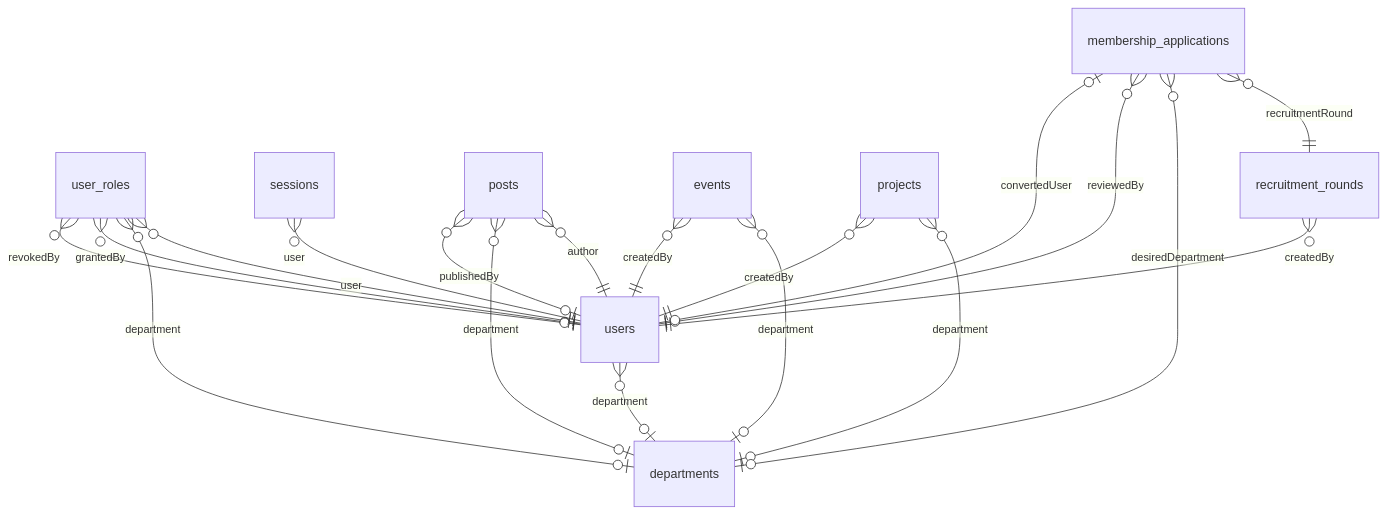
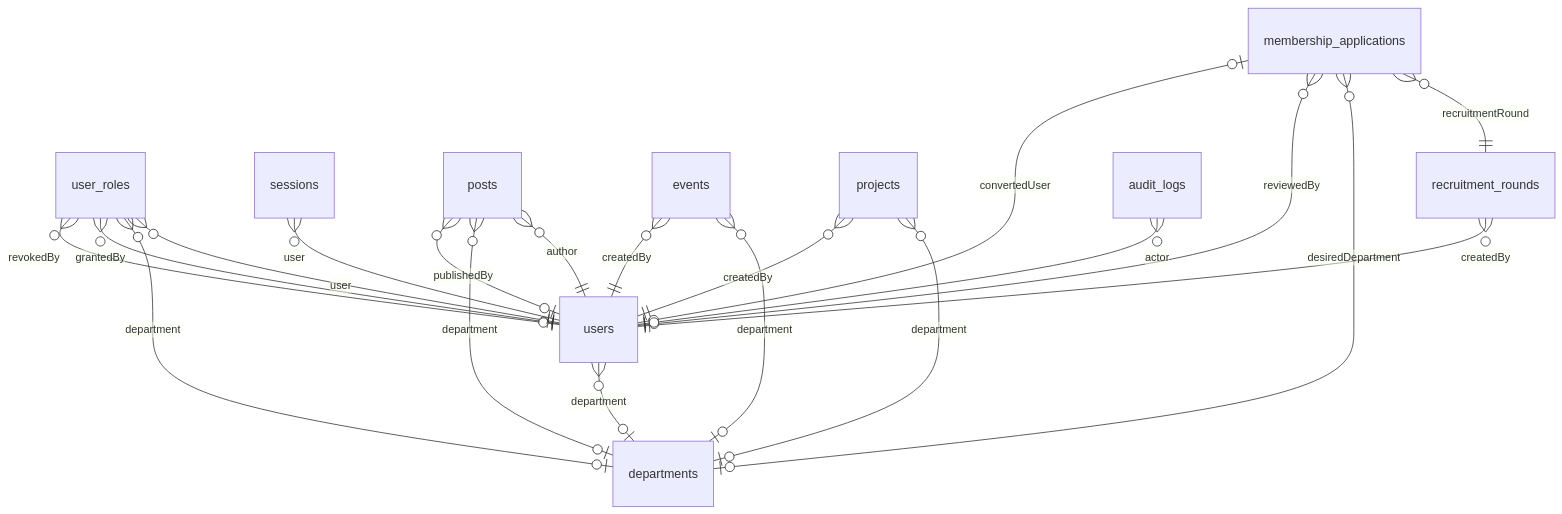
One commit to GrootTheDeveloper/apc-portal changed the first of 2 diagrams in apps/api/docs/erd-core-schema.md. Above: the diagram before and after it, drawn with Mermaid. The commit also changed other lines of this file and 4 other files, not shown here.

````diff
--- a/apps/api/docs/erd-core-schema.md
+++ b/apps/api/docs/erd-core-schema.md
@@ -11,21 +11,22 @@
 ```mermaid
 erDiagram
   users }o--|o departments : "department"
   user_roles }o--|| users : "user"
   user_roles }o--|o departments : "department"
   user_roles }o--|o users : "grantedBy"
   user_roles }o--|o users : "revokedBy"
   sessions }o--|| users : "user"
   posts }o--|| users : "author"
   posts }o--|o departments : "department"
   posts }o--|o users : "publishedBy"
   events }o--|o departments : "department"
   events }o--|| users : "createdBy"
   projects }o--|o departments : "department"
   projects }o--|| users : "createdBy"
   recruitment_rounds }o--|| users : "createdBy"
   membership_applications }o--|| recruitment_rounds : "recruitmentRound"
   membership_applications }o--|o departments : "desiredDepartment"
   membership_applications }o--|o users : "reviewedBy"
   membership_applications |o--|o users : "convertedUser"
+  audit_logs }o--|o users : "actor"
 ```
````
